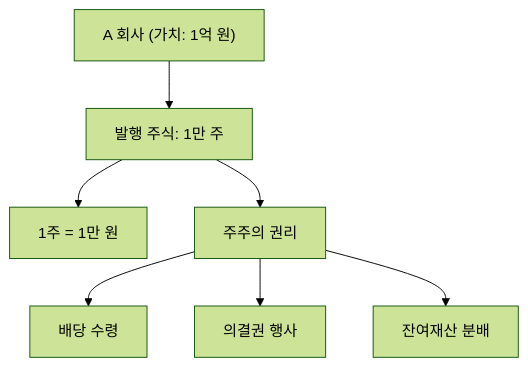
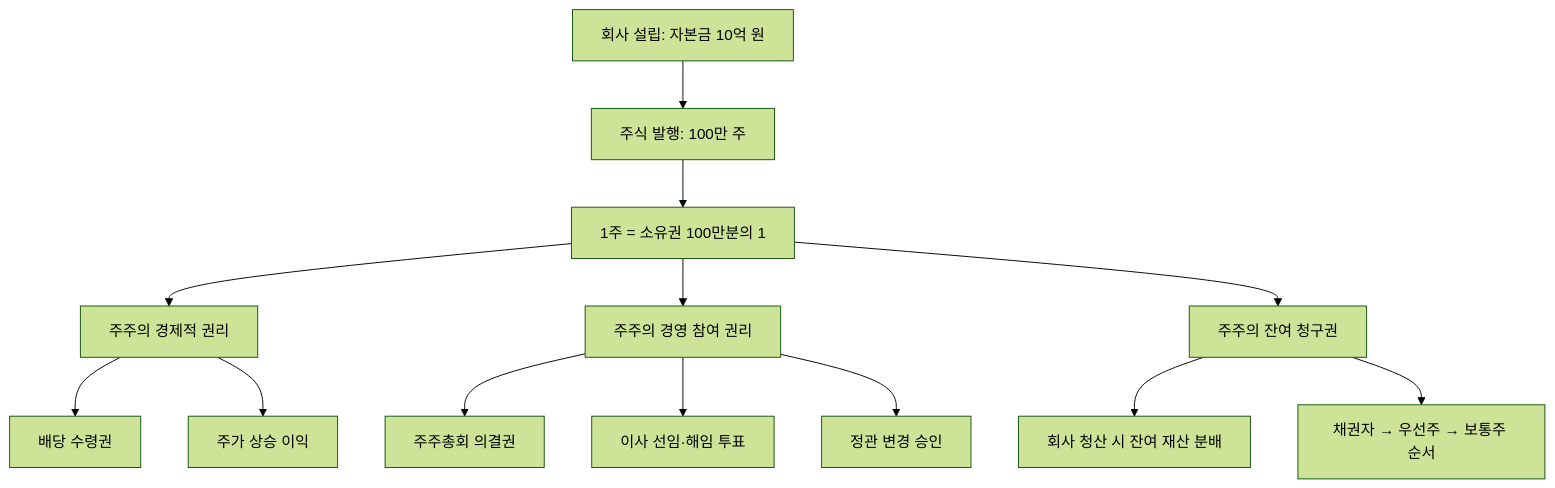
One commit to yeongseon/stock-visual-note changed the diagram in content/stock-terms/ko/level-01-basic/stock.md. Above: the diagram before and after it, drawn with Mermaid (forest theme). The commit also changed other lines of this file, not shown here.

First line of the commit message:
content: rewrite stock.md — deeper explanations, richer diagram, blog tone

````diff
--- a/content/stock-terms/ko/level-01-basic/stock.md
+++ b/content/stock-terms/ko/level-01-basic/stock.md
@@ -52,9 +60,19 @@
 ```mermaid
 graph TD
-    A["A 회사 (가치: 1억 원)"] --> B["발행 주식: 1만 주"]
-    B --> C["1주 = 1만 원"]
-    B --> D["주주의 권리"]
-    D --> D1["배당 수령"]
-    D --> D2["의결권 행사"]
-    D --> D3["잔여재산 분배"]
+    A["회사 설립: 자본금 10억 원"] --> B["주식 발행: 100만 주"]
+    B --> C["1주 = 소유권 100만분의 1"]
+    
+    C --> D["주주의 경제적 권리"]
+    C --> E["주주의 경영 참여 권리"]
+    C --> F["주주의 잔여 청구권"]
+    
+    D --> D1["배당 수령권"]
+    D --> D2["주가 상승 이익"]
+    
+    E --> E1["주주총회 의결권"]
+    E --> E2["이사 선임·해임 투표"]
+    E --> E3["정관 변경 승인"]
+    
+    F --> F1["회사 청산 시 잔여 재산 분배"]
+    F --> F2["채권자 → 우선주 → 보통주 순서"]
 ```
````
